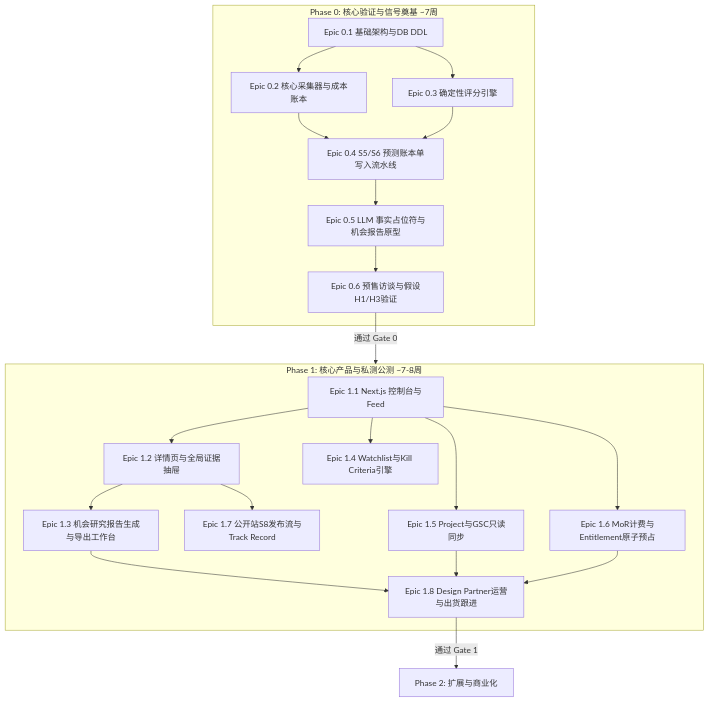
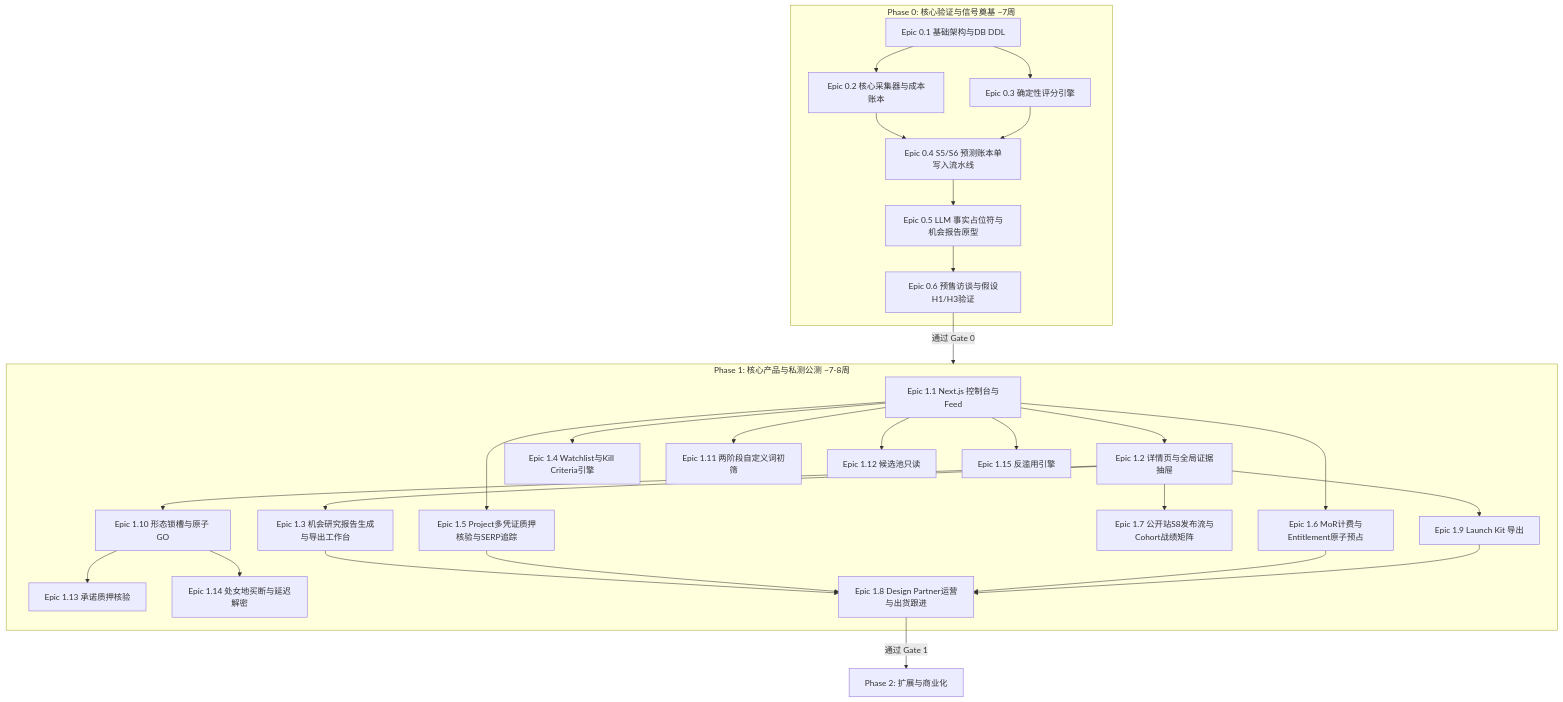
Before and after one commit to 500wango/emeradar: the diagram in docs/19-DELIVERY-PLAN.md, drawn with Mermaid. The commit also changed other lines of this file and 26 other files, not shown here.

````diff
--- a/docs/19-DELIVERY-PLAN.md
+++ b/docs/19-DELIVERY-PLAN.md
@@ -15,24 +15,31 @@
 ```mermaid
 flowchart TD
   subgraph P0[Phase 0: 核心验证与信号奠基 ~7周]
     E01[Epic 0.1 基础架构与DB DDL] --> E02[Epic 0.2 核心采集器与成本账本]
     E01 --> E03[Epic 0.3 确定性评分引擎]
     E02 & E03 --> E04[Epic 0.4 S5/S6 预测账本单写入流水线]
     E04 --> E05[Epic 0.5 LLM 事实占位符与机会报告原型]
     E05 --> E06[Epic 0.6 预售访谈与假设H1/H3验证]
   end
 
   E06 -->|通过 Gate 0| P1[Phase 1: 核心产品与私测公测 ~7-8周]
 
   subgraph P1[Phase 1: 核心产品与私测公测 ~7-8周]
     E11[Epic 1.1 Next.js 控制台与Feed] --> E12[Epic 1.2 详情页与全局证据抽屉]
     E12 --> E13[Epic 1.3 机会研究报告生成与导出工作台]
     E11 --> E14[Epic 1.4 Watchlist与Kill Criteria引擎]
-    E11 --> E15[Epic 1.5 Project与GSC只读同步]
+    E11 --> E15[Epic 1.5 Project多凭证质押核验与SERP追踪]
     E11 --> E16[Epic 1.6 MoR计费与Entitlement原子预占]
-    E12 --> E17[Epic 1.7 公开站S8发布流与Track Record]
-    E13 & E15 & E16 --> E18[Epic 1.8 Design Partner运营与出货跟进]
+    E12 --> E17[Epic 1.7 公开站S8发布流与Cohort战绩矩阵]
+    E12 --> E19[Epic 1.9 Launch Kit 导出]
+    E12 --> E20[Epic 1.10 形态锁槽与原子 GO]
+    E11 --> E21[Epic 1.11 两阶段自定义词初筛]
+    E11 --> E22[Epic 1.12 候选池只读]
+    E20 --> E23[Epic 1.13 承诺质押核验]
+    E20 --> E24[Epic 1.14 处女地买断与延迟解密]
+    E11 --> E25[Epic 1.15 反滥用引擎]
+    E13 & E15 & E16 & E19 --> E18[Epic 1.8 Design Partner运营与出货跟进]
   end
 
   E18 -->|通过 Gate 1| P2[Phase 2: 扩展与商业化]
 ```
````
